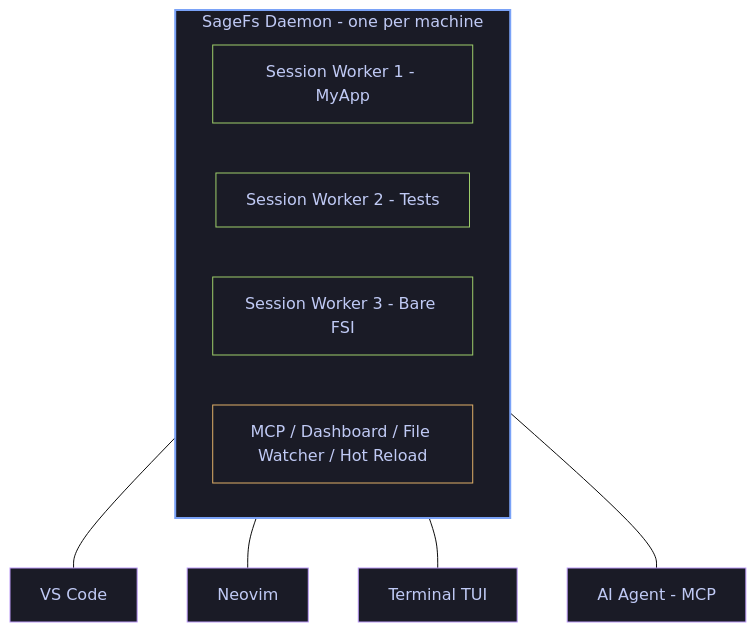
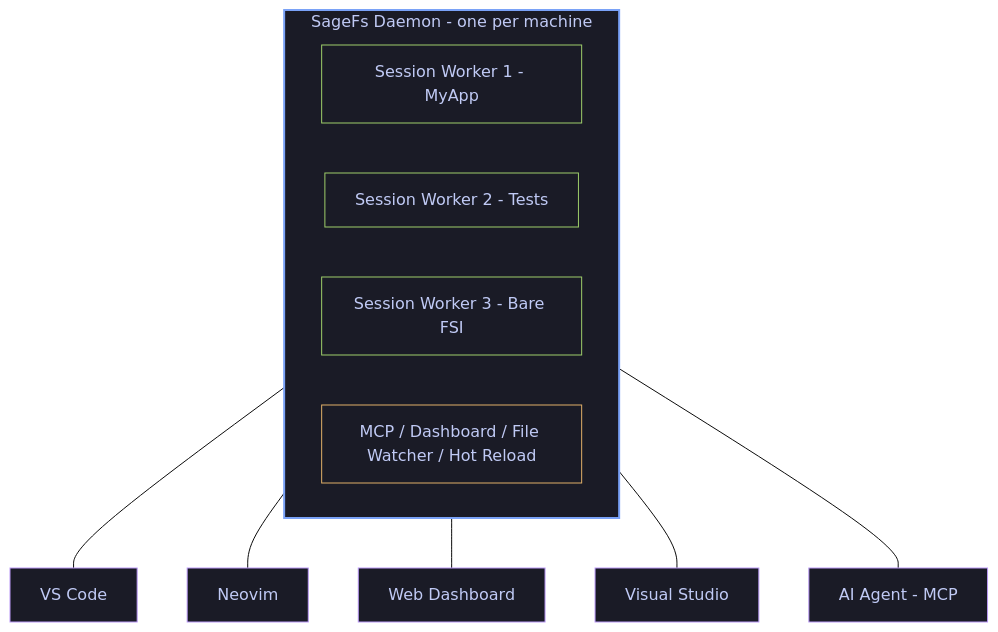
Before and after one commit to WillEhrendreich/SageFs: the second of 2 diagrams in Readme.md, drawn with Mermaid (base theme). The commit also changed other lines of this file and 41 other files, not shown here.

````diff
--- a/Readme.md
+++ b/Readme.md
@@ -227,24 +225,26 @@
 ```mermaid
 flowchart TB
     subgraph D[SageFs Daemon - one per machine]
         S1[Session Worker 1 - MyApp]
         S2[Session Worker 2 - Tests]
         S3[Session Worker 3 - Bare FSI]
         SVC[MCP / Dashboard / File Watcher / Hot Reload]
     end
 
     D --- VS[VS Code]
     D --- NV[Neovim]
-    D --- TU[Terminal TUI]
+    D --- WB[Web Dashboard]
+    D --- VI[Visual Studio]
     D --- AI[AI Agent - MCP]
 
     style D fill:#1a1b26,stroke:#7aa2f7,stroke-width:2px,color:#c0caf5
     style S1 fill:#1a1b26,stroke:#9ece6a,color:#c0caf5
     style S2 fill:#1a1b26,stroke:#9ece6a,color:#c0caf5
     style S3 fill:#1a1b26,stroke:#9ece6a,color:#c0caf5
     style SVC fill:#1a1b26,stroke:#e0af68,color:#c0caf5
     style VS fill:#1a1b26,stroke:#bb9af7,color:#c0caf5
     style NV fill:#1a1b26,stroke:#bb9af7,color:#c0caf5
-    style TU fill:#1a1b26,stroke:#bb9af7,color:#c0caf5
+    style WB fill:#1a1b26,stroke:#bb9af7,color:#c0caf5
+    style VI fill:#1a1b26,stroke:#bb9af7,color:#c0caf5
     style AI fill:#1a1b26,stroke:#bb9af7,color:#c0caf5
 ```
````
